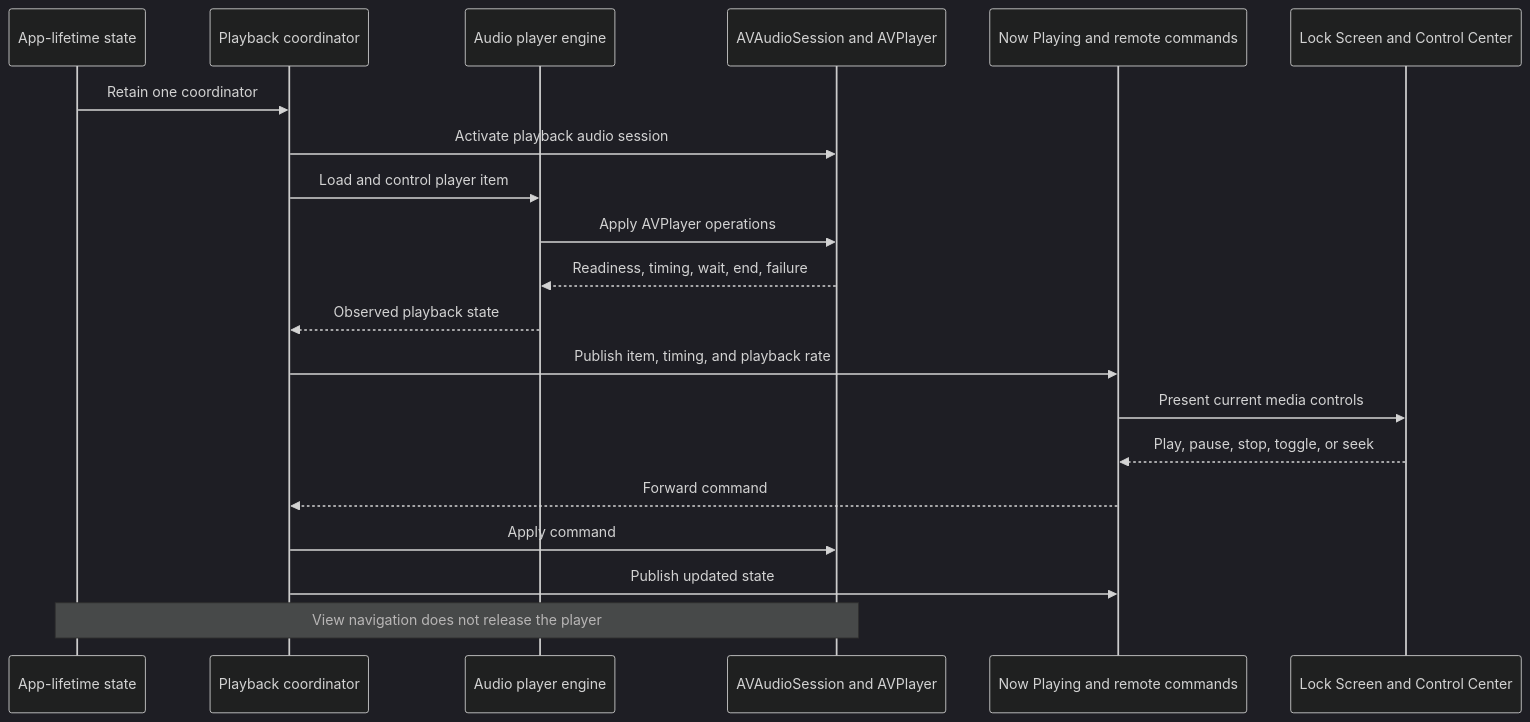
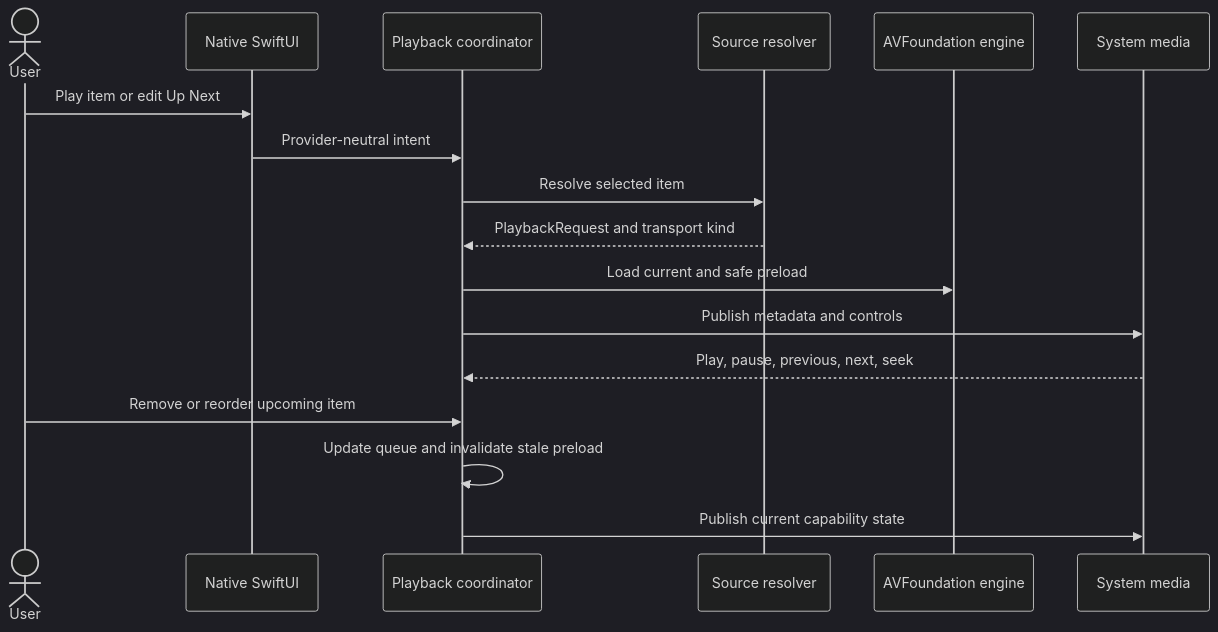
The third of 3 diagrams in docs/architecture.md (schillt/velacanto), drawn with Mermaid (dark theme) before and after one commit. The commit also changed other lines of this file and 31 other files, not shown here.

````diff
--- a/docs/architecture.md
+++ b/docs/architecture.md
@@ -182,23 +176,20 @@
 ```mermaid
 sequenceDiagram
-    participant App as App-lifetime state
+    actor User
+    participant UI as Native SwiftUI
     participant Player as Playback coordinator
-    participant Engine as Audio player engine
-    participant Audio as AVAudioSession and AVPlayer
-    participant Media as Now Playing and remote commands
-    participant System as Lock Screen and Control Center
+    participant Resolver as Source resolver
+    participant Engine as AVFoundation engine
+    participant Media as System media
 
-    App->>Player: Retain one coordinator
-    Player->>Audio: Activate playback audio session
-    Player->>Engine: Load and control player item
-    Engine->>Audio: Apply AVPlayer operations
-    Audio-->>Engine: Readiness, timing, wait, end, failure
-    Engine-->>Player: Observed playback state
-    Player->>Media: Publish item, timing, and playback rate
-    Media->>System: Present current media controls
-    System-->>Media: Play, pause, stop, toggle, or seek
-    Media-->>Player: Forward command
-    Player->>Audio: Apply command
-    Player->>Media: Publish updated state
-    Note over App,Audio: View navigation does not release the player
+    User->>UI: Play item or edit Up Next
+    UI->>Player: Provider-neutral intent
+    Player->>Resolver: Resolve selected item
+    Resolver-->>Player: PlaybackRequest and transport kind
+    Player->>Engine: Load current and safe preload
+    Player->>Media: Publish metadata and controls
+    Media-->>Player: Play, pause, previous, next, seek
+    User->>Player: Remove or reorder upcoming item
+    Player->>Player: Update queue and invalidate stale preload
+    Player->>Media: Publish current capability state
 ```
````
